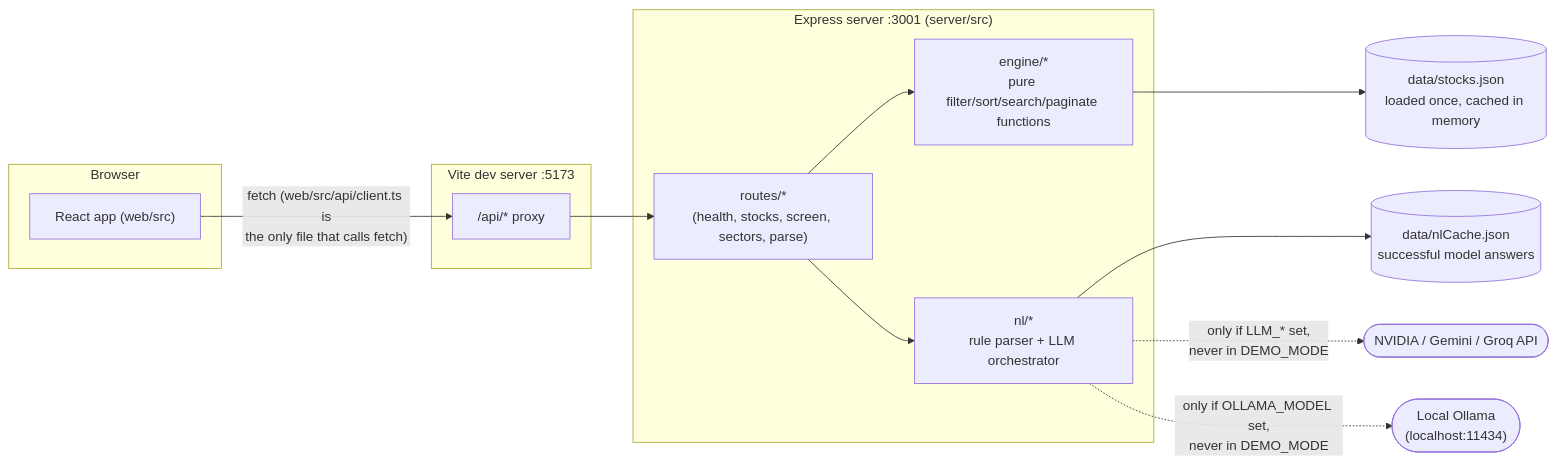
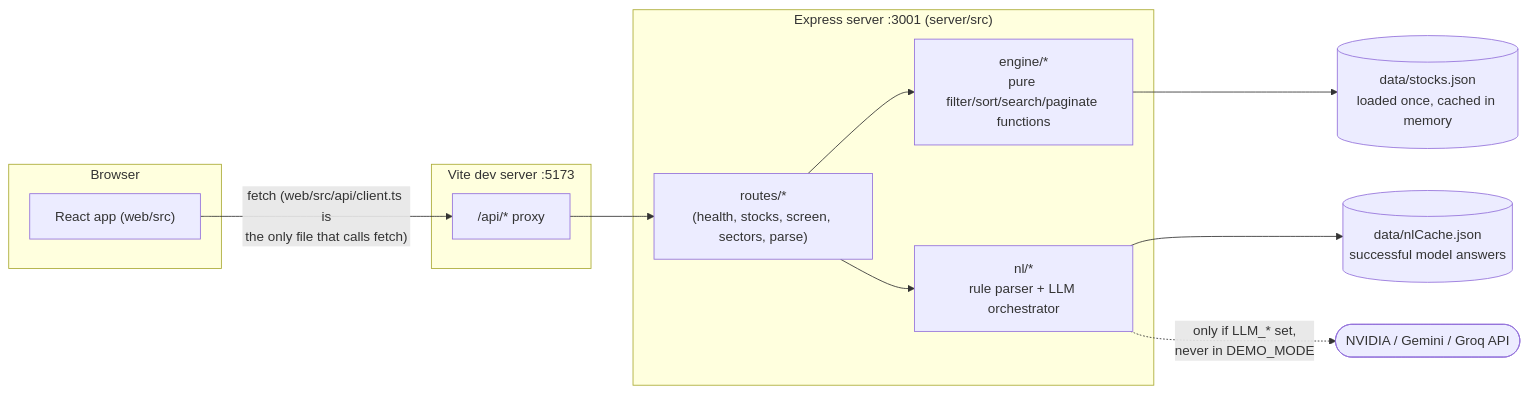
One commit to AlfredBateman/StockPilot changed the first of 2 diagrams in README.md. Above: the diagram before and after it, drawn with Mermaid. The commit also changed other lines of this file and 11 other files, not shown here.

````diff
--- a/README.md
+++ b/README.md
@@ -108,27 +107,25 @@
 ```mermaid
 graph LR
     subgraph Browser
         UI["React app (web/src)"]
     end
     subgraph "Vite dev server :5173"
         Proxy["/api/* proxy"]
     end
     subgraph "Express server :3001 (server/src)"
         Routes["routes/*<br/>(health, stocks, screen, sectors, parse)"]
         Engine["engine/*<br/>pure filter/sort/search/paginate functions"]
         NL["nl/*<br/>rule parser + LLM orchestrator"]
     end
     Snapshot[("data/stocks.json<br/>loaded once, cached in memory")]
     Cache[("data/nlCache.json<br/>successful model answers")]
     LLM(["NVIDIA / Gemini / Groq API"])
-    Ollama(["Local Ollama<br/>(localhost:11434)"])
 
     UI -- "fetch (web/src/api/client.ts is\nthe only file that calls fetch)" --> Proxy
     Proxy --> Routes
     Routes --> Engine
     Routes --> NL
     Engine --> Snapshot
     NL --> Cache
     NL -. "only if LLM_* set,\nnever in DEMO_MODE" .-> LLM
-    NL -. "only if OLLAMA_MODEL set,\nnever in DEMO_MODE" .-> Ollama
 ```
````
